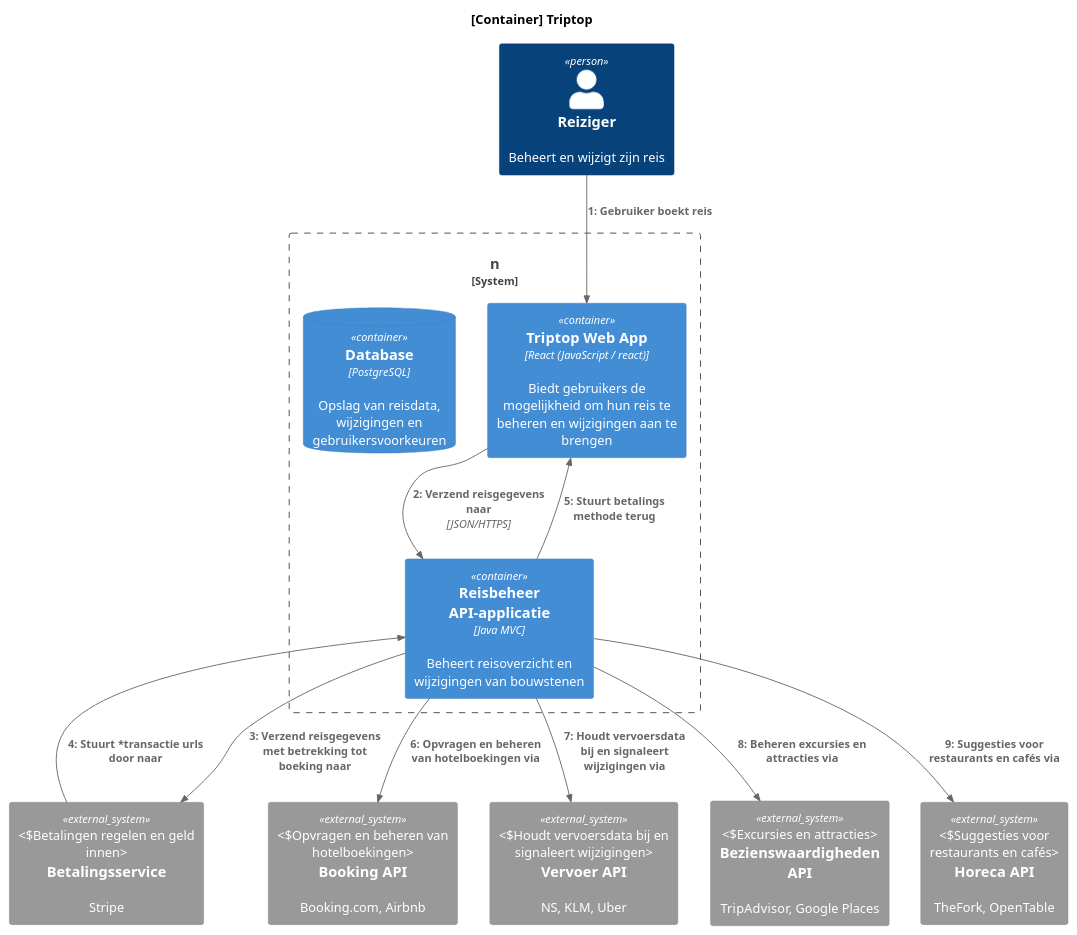
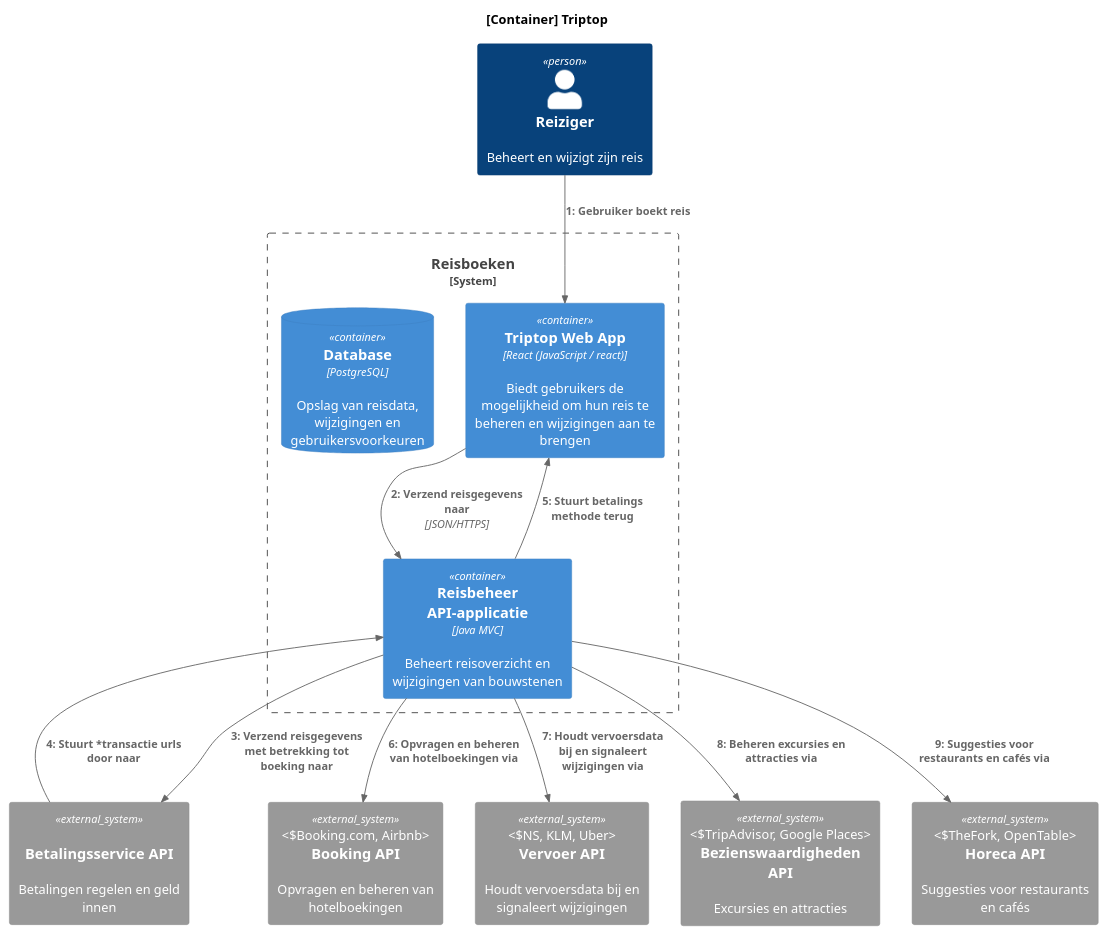
The diagram in opdracht-diagrammen/Dynamisch Diagram reisBoeken.puml (AIM-ENE-feb25/triptop-groep-4-afscheidscadeau-voor-juf-kim), drawn with PlantUML before and after one commit. The commit also changed 1 other file, not shown here.

```diff
--- a/opdracht-diagrammen/Dynamisch Diagram reisBoeken.puml
+++ b/opdracht-diagrammen/Dynamisch Diagram reisBoeken.puml
@@ -1,43 +1,44 @@
 @startuml
 !include https://raw.githubusercontent.com/plantuml-stdlib/C4-PlantUML/master/C4_Dynamic.puml
 
 title [Container] Triptop
 
 Person(user, "Reiziger", "Beheert en wijzigt zijn reis")
 
-System_Boundary(triptop, "n") {
+System_Boundary(triptop, "Reisboeken") {
 
     Container(web, "Triptop Web App", "React (JavaScript / react)", "Biedt gebruikers de mogelijkheid om hun reis te beheren en wijzigingen aan te brengen")
 
 '    Nodig?
 '    Container(api, "API Gateway", "Java MVC", "")
 
     Container(trip_manager, "Reisbeheer API-applicatie", "Java MVC", "Beheert reisoverzicht en wijzigingen van bouwstenen")
 
     ContainerDb(db, "Database", "PostgreSQL", "Opslag van reisdata, wijzigingen en gebruikersvoorkeuren")
 }
 
 
-System_Ext(booking, "Booking API", "Booking.com, Airbnb", "Opvragen en beheren van hotelboekingen")
+System_Ext(booking, "Booking API", "Opvragen en beheren van hotelboekingen", "Booking.com, Airbnb")
 
-System_Ext(transport, "Vervoer API", "NS, KLM, Uber", "Houdt vervoersdata bij en signaleert wijzigingen")
+System_Ext(transport, "Vervoer API", "Houdt vervoersdata bij en signaleert wijzigingen", "NS, KLM, Uber")
 
-System_Ext(attractions, "Bezienswaardigheden API", "TripAdvisor, Google Places", "Excursies en attracties")
+System_Ext(attractions, "Bezienswaardigheden API", "Excursies en attracties", "TripAdvisor, Google Places")
 
-System_Ext(horeca, "Horeca API", "TheFork, OpenTable", "Suggesties voor restaurants en cafés")
+System_Ext(horeca, "Horeca API", "Suggesties voor restaurants en cafés", "TheFork, OpenTable")
 
-System_Ext(betaling, "Betalingsservice", "Stripe", "Betalingen regelen en geld innen")
+System_Ext(betaling, "Betalingsservice API", "Betalingen regelen en geld innen", "Stripe")
 
 Rel(user, web, "Gebruiker boekt reis")
 Rel(web, trip_manager, "Verzend reisgegevens naar", JSON/HTTPS)
 Rel(trip_manager, betaling, "Verzend reisgegevens met betrekking tot boeking naar")
 Rel(betaling, trip_manager, "Stuurt *transactie urls door naar")
 Rel(trip_manager, web, "Stuurt betalings methode terug")
+
 
 ' Connecting all APIs to Reisbeheer API applicatie
 Rel(trip_manager, booking, "Opvragen en beheren van hotelboekingen via")
 Rel(trip_manager, transport, "Houdt vervoersdata bij en signaleert wijzigingen via")
 Rel(trip_manager, attractions, "Beheren excursies en attracties via")
 Rel(trip_manager, horeca, "Suggesties voor restaurants en cafés via")
 
 @enduml
```
